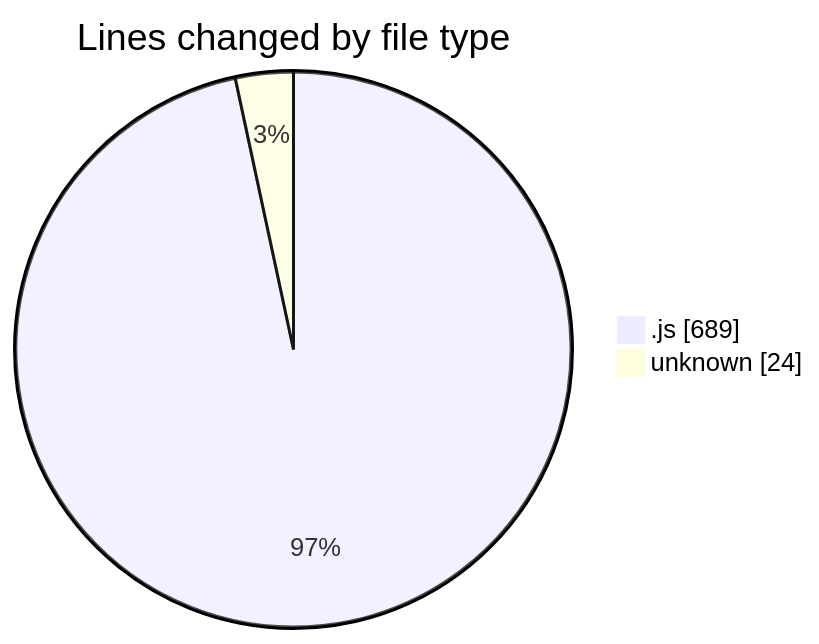
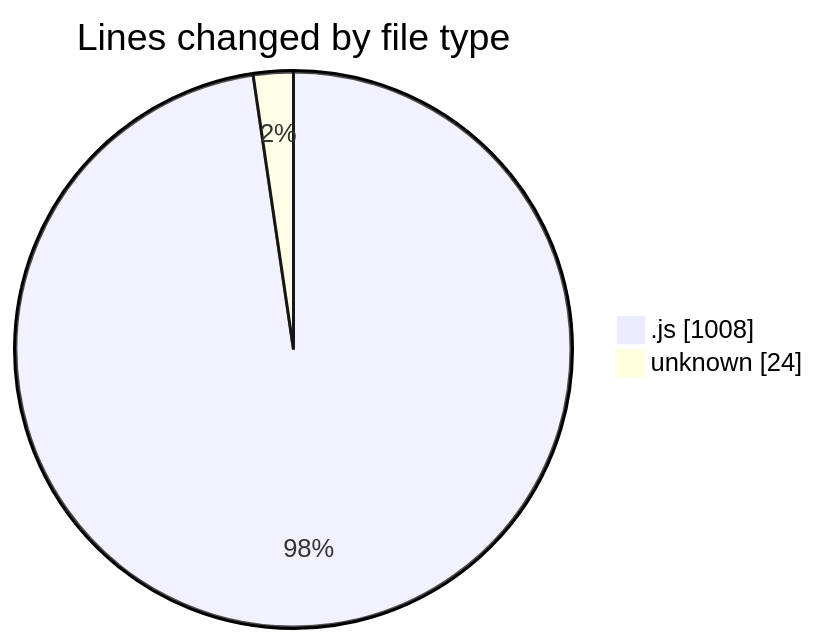
Before and after one commit to momahboobian/code-tracking: the first of 2 diagrams in 2025-02-04/cda/README.md, drawn with Mermaid. The commit also changed other lines of this file and 1 other file, not shown here.

````diff
--- a/2025-02-04/cda/README.md
+++ b/2025-02-04/cda/README.md
@@ -23,6 +24,6 @@
 ```mermaid
 pie showData
 title Lines changed by file type
-".js" : 689
+".js" : 1008
 "unknown" : 24
 ```
````
